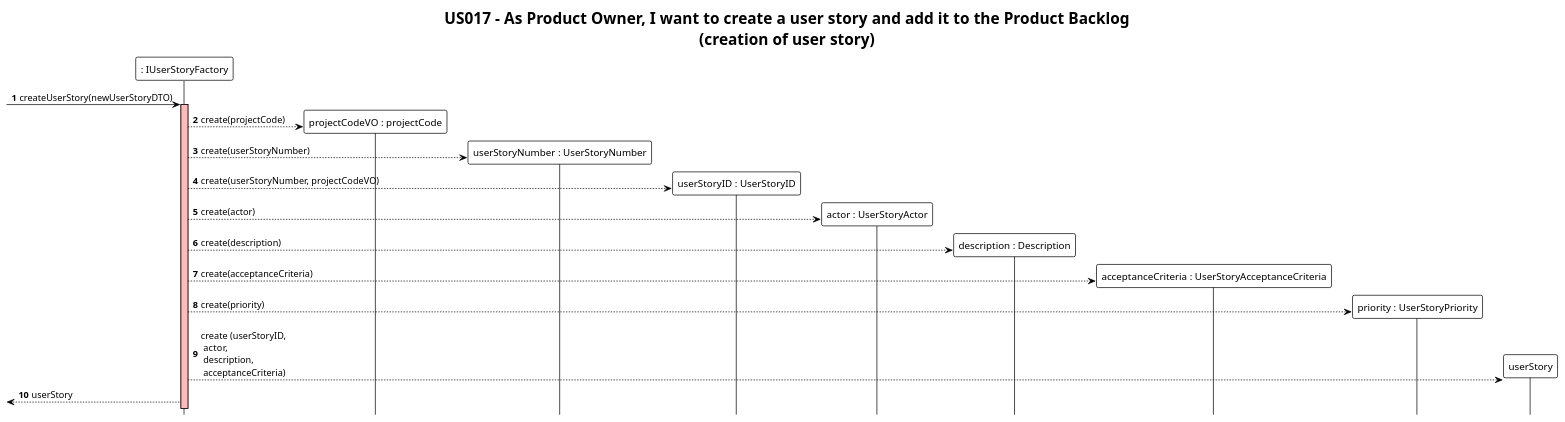
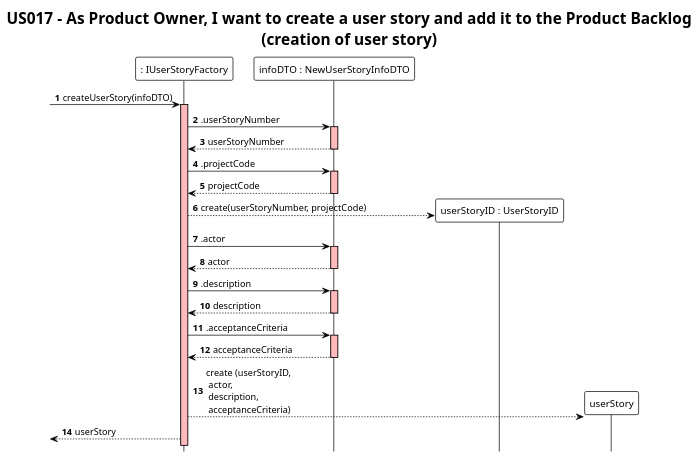
The diagram in docs/modelling_design/user_stories/us017/US017_CreateUserStorySD3.puml (ivo-menezes/project_g3), drawn with PlantUML before and after one commit. The commit also changed 2 other files, not shown here.

Commit message:
US017: Design: update sequence diagrams (closes #118)

```diff
--- a/docs/modelling_design/user_stories/us017/US017_CreateUserStorySD3.puml
+++ b/docs/modelling_design/user_stories/us017/US017_CreateUserStorySD3.puml
@@ -1,27 +1,49 @@
 @startuml
 !theme plain
 hide footbox
 autonumber
 
 skinparam sequence{
 LifeLineBackgroundColor #FFBBBB
 }
 
 title US017 - As Product Owner, I want to create a user story and add it to the Product Backlog\n(creation of user story)
 
 participant ": IUserStoryFactory" as factory
+participant "infoDTO : NewUserStoryInfoDTO" as dto
 
--> factory : createUserStory(newUserStoryDTO)
+-> factory : createUserStory(infoDTO)
 activate factory
-factory --> "projectCodeVO : projectCode" **: create(projectCode)
-factory --> "userStoryNumber : UserStoryNumber" ** : create(userStoryNumber)
-factory --> "userStoryID : UserStoryID" ** : create(userStoryNumber, projectCodeVO)
-factory --> "actor : UserStoryActor" ** :create(actor)
-factory --> "description : Description" ** :create(description)
-factory --> "acceptanceCriteria : UserStoryAcceptanceCriteria" ** :create(acceptanceCriteria)
-factory --> "priority : UserStoryPriority" ** : create(priority)
+
+factory -> dto : .userStoryNumber
+activate dto
+dto --> factory : userStoryNumber
+deactivate
+
+factory -> dto : .projectCode
+activate dto
+dto --> factory : projectCode
+deactivate
+
+factory --> "userStoryID : UserStoryID" ** : create(userStoryNumber, projectCode)
+
+factory -> dto : .actor
+activate dto
+dto --> factory: actor
+deactivate
+
+factory -> dto : .description
+activate dto
+dto --> factory: description
+deactivate
+
+factory -> dto : .acceptanceCriteria
+activate dto
+dto --> factory: acceptanceCriteria
+deactivate
+
 
 factory --> userStory ** :create (userStoryID,\n actor,\n description, \n acceptanceCriteria)
 
 [<-- factory: userStory
 @enduml
```
